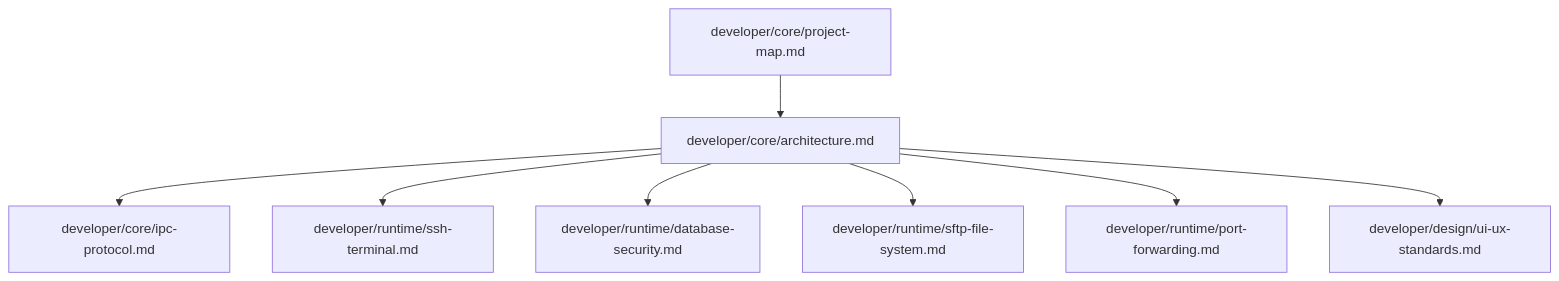
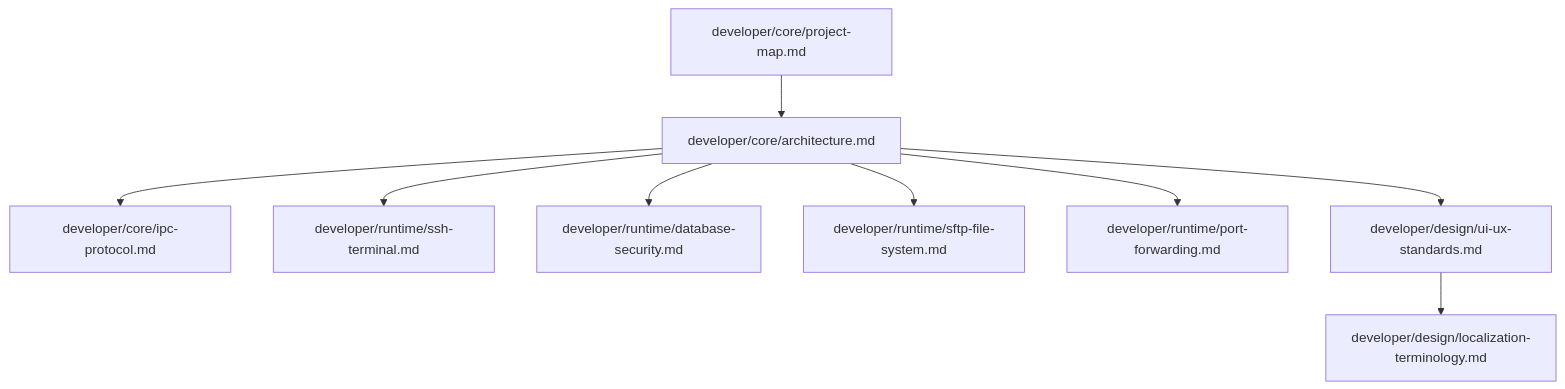
Before and after one commit to XYZ1024-alt/Cosmosh: the diagram in docs/README.md, drawn with Mermaid. The commit also changed other lines of this file and 7 other files, not shown here.

Commit message:
docs(i18n): add localization terminology guide

````diff
--- a/docs/README.md
+++ b/docs/README.md
@@ -38,10 +39,11 @@
 ```mermaid
 flowchart TD
   A[developer/core/project-map.md] --> B[developer/core/architecture.md]
   B --> C[developer/core/ipc-protocol.md]
   B --> D[developer/runtime/ssh-terminal.md]
   B --> E[developer/runtime/database-security.md]
   B --> F[developer/runtime/sftp-file-system.md]
   B --> G[developer/runtime/port-forwarding.md]
   B --> H[developer/design/ui-ux-standards.md]
+  H --> I[developer/design/localization-terminology.md]
 ```
````
